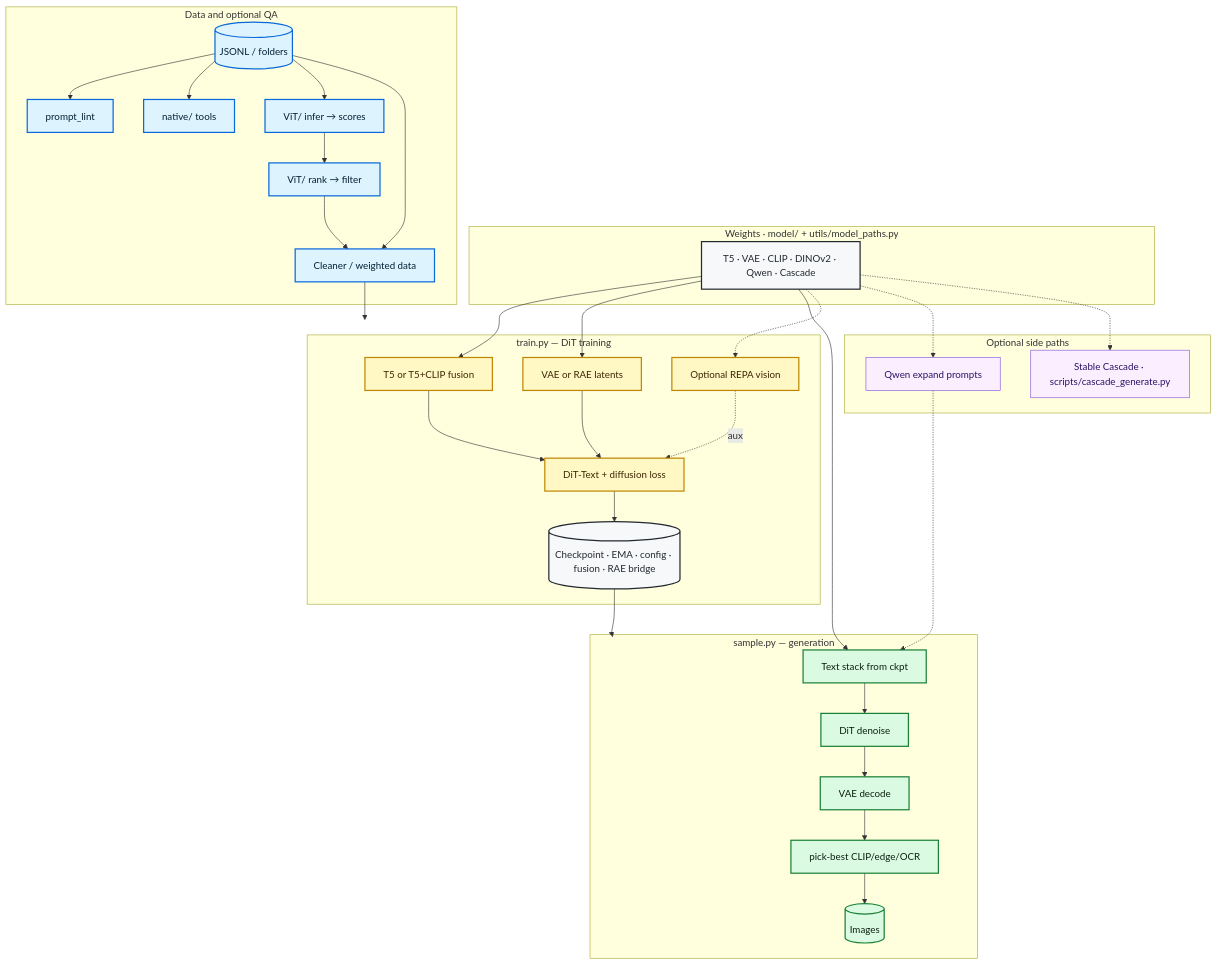
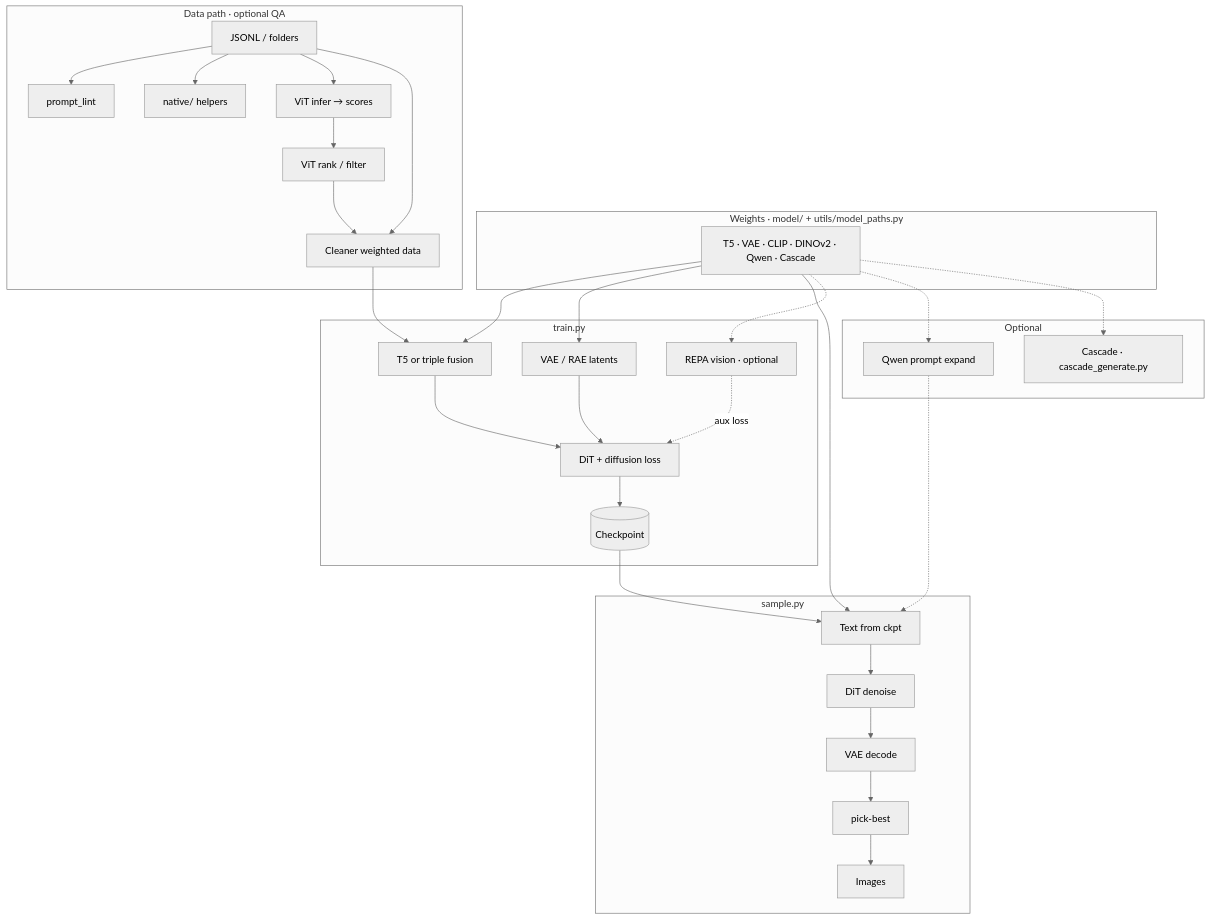
One commit to Llunarstack/sdx changed the third of 6 diagrams in README.md. Above: the diagram before and after it, drawn with Mermaid. The commit also changed other lines of this file and 11 other files, not shown here.

Commit message:
diffusion: schedules, soft min-SNR weights, README redesign; wire train.py

````diff
--- a/README.md
+++ b/README.md
@@ -175,63 +265,53 @@
 ```mermaid
+%%{init: {'theme':'neutral'}}%%
 flowchart TB
-  classDef weight fill:#f6f8fa,stroke:#24292f,stroke-width:2px,color:#24292f
-  classDef data fill:#ddf4ff,stroke:#0969da,stroke-width:2px,color:#042033
-  classDef train fill:#fff8c5,stroke:#bf8700,stroke-width:2px,color:#3b2600
-  classDef sample fill:#dafbe1,stroke:#1a7f37,stroke-width:2px,color:#0d1f12
-  classDef side fill:#fbefff,stroke:#8250df,stroke-width:1px,color:#2e1067
-
   subgraph WG["Weights · model/ + utils/model_paths.py"]
-    W[T5 · VAE · CLIP · DINOv2 · Qwen · Cascade]:::weight
+    W[T5 · VAE · CLIP · DINOv2 · Qwen · Cascade]
   end
 
-  subgraph DL["Data and optional QA"]
-    DS[(JSONL / folders)]:::data
-    PL[prompt_lint]:::data
-    NT[native/ tools]:::data
-    V1[ViT/ infer → scores]:::data
-    V2[ViT/ rank → filter]:::data
-    DS2[Cleaner / weighted data]:::data
-    DS --> PL
-    DS --> NT
-    DS --> V1
-    V1 --> V2
-    V2 --> DS2
+  subgraph DL["Data path · optional QA"]
+    DS[JSONL / folders]
+    DS --> PL[prompt_lint]
+    DS --> NT[native/ helpers]
+    DS --> V1[ViT infer → scores]
+    V1 --> V2[ViT rank / filter]
+    V2 --> DS2[Cleaner weighted data]
     DS --> DS2
   end
 
-  subgraph TR["train.py — DiT training"]
-    TE[T5 or T5+CLIP fusion]:::train
-    VA[VAE or RAE latents]:::train
-    REP[Optional REPA vision]:::train
-    DIT[DiT-Text + diffusion loss]:::train
-    CKPT[(Checkpoint · EMA · config · fusion · RAE bridge)]:::weight
+  subgraph TR["train.py"]
+    TE[T5 or triple fusion]
+    VA[VAE / RAE latents]
+    REP[REPA vision · optional]
+    DIT[DiT + diffusion loss]
+    CKPT[(Checkpoint)]
     TE --> DIT
     VA --> DIT
-    REP -.->|aux| DIT
+    REP -.->|aux loss| DIT
     DIT --> CKPT
   end
 
-  subgraph SM["sample.py — generation"]
-    TE2[Text stack from ckpt]:::sample
-    DN[DiT denoise]:::sample
-    DC[VAE decode]:::sample
-    PB[pick-best CLIP/edge/OCR]:::sample
-    IMG[(Images)]:::sample
+  subgraph SM["sample.py"]
+    TE2[Text from ckpt]
+    DN[DiT denoise]
+    DC[VAE decode]
+    PB[pick-best]
+    IMG[Images]
     TE2 --> DN --> DC --> PB --> IMG
   end
 
-  subgraph OP["Optional side paths"]
-    QW[Qwen expand prompts]:::side
-    CAS[Stable Cascade · scripts/cascade_generate.py]:::side
+  subgraph OP["Optional"]
+    QW[Qwen prompt expand]
+    CAS[Cascade · cascade_generate.py]
   end
 
   W --> TE
   W --> VA
   W --> TE2
   W -.-> REP
   W -.-> QW
   W -.-> CAS
-  DS2 --> TR
-  CKPT --> SM
+  DS2 --> TE
+  CKPT --> TE2
   QW -.-> TE2
 ```
````
